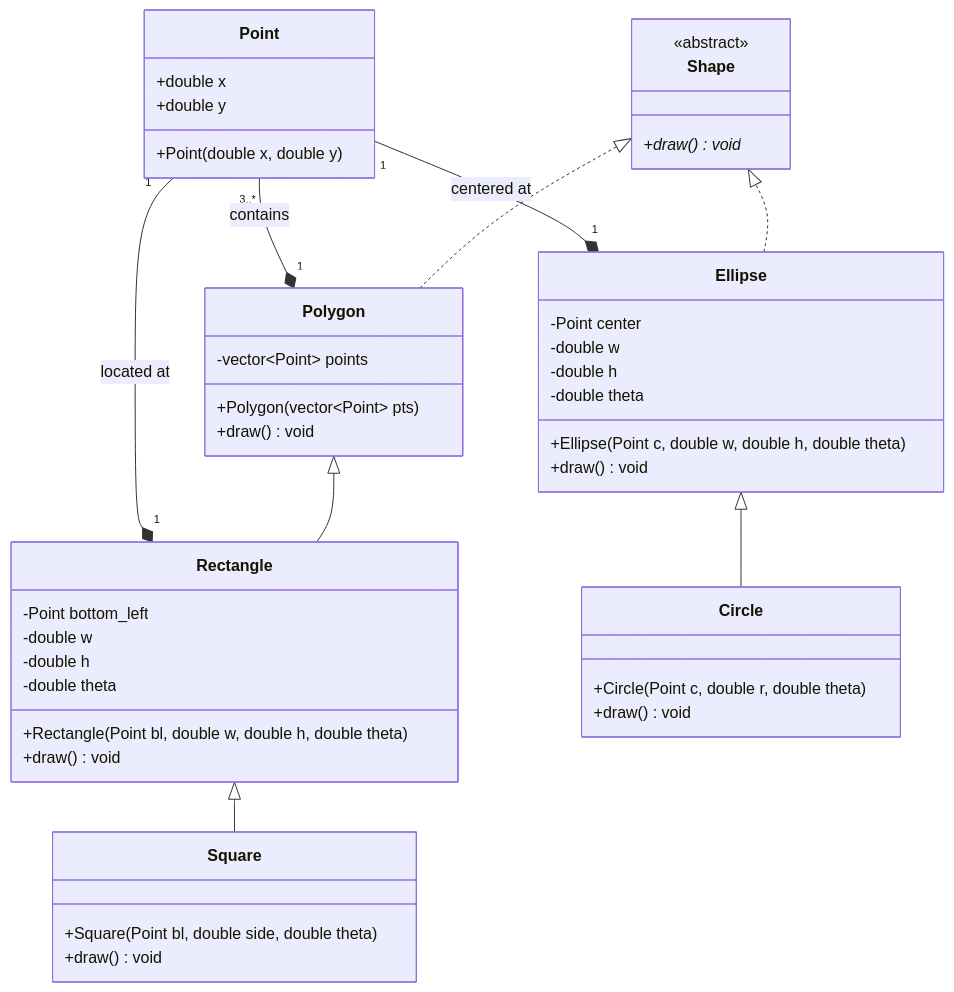
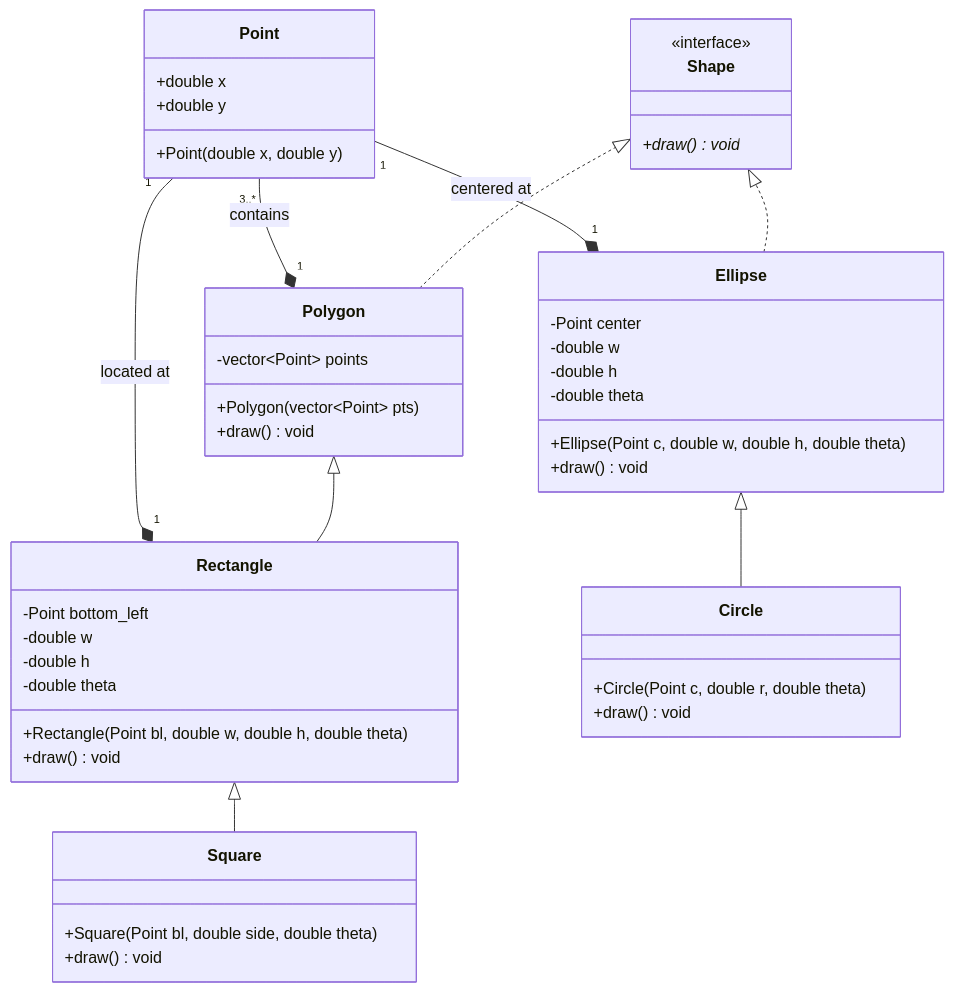
One commit to normanwidad-design/uog-cpp changed the diagram in exam-preparation/mock.qmd. Above: the diagram before and after it, drawn with Mermaid. The commit also changed 15 other files, not shown here.

````diff
--- a/exam-preparation/mock.qmd
+++ b/exam-preparation/mock.qmd
@@ -718,67 +718,67 @@
 ```{mermaid}
 classDiagram
     direction BT
 
     %% Task 1, 2, 3: Classes, Data types, and Access Modifiers
     class Shape {
-        <<abstract>>
+        <<interface>>
         +draw()* void
     }
 
     class Point {
         +double x
         +double y
         +Point(double x, double y)
     }
 
     class Polygon {
         -vector~Point~ points
         +Polygon(vector~Point~ pts)
         +draw() void
     }
 
     class Rectangle {
         -Point bottom_left
         -double w
         -double h
         -double theta
         +Rectangle(Point bl, double w, double h, double theta)
         +draw() void
     }
 
     class Square {
         +Square(Point bl, double side, double theta)
         +draw() void
     }
 
     class Ellipse {
         -Point center
         -double w
         -double h
         -double theta
         +Ellipse(Point c, double w, double h, double theta)
         +draw() void
     }
 
     class Circle {
         +Circle(Point c, double r, double theta)
         +draw() void
     }
 
     %% Realization (Dashed) for implementing an Abstract Interface
     Polygon ..|> Shape
     Ellipse ..|> Shape
 
     %% Generalization (Solid) for class inheritance
     Rectangle --|> Polygon
     Square --|> Rectangle
     Circle --|> Ellipse
 
     %% Task 4 & 5: Association/Composition and Cardinalities
     %% A Polygon contains 3 or more Points
     Polygon "1" *-- "3..*" Point : contains
     
     %% Rectangle and Ellipse use a Point for positioning
     Rectangle "1" *-- "1" Point : located at
     Ellipse "1" *-- "1" Point : centered at
 ```
````
